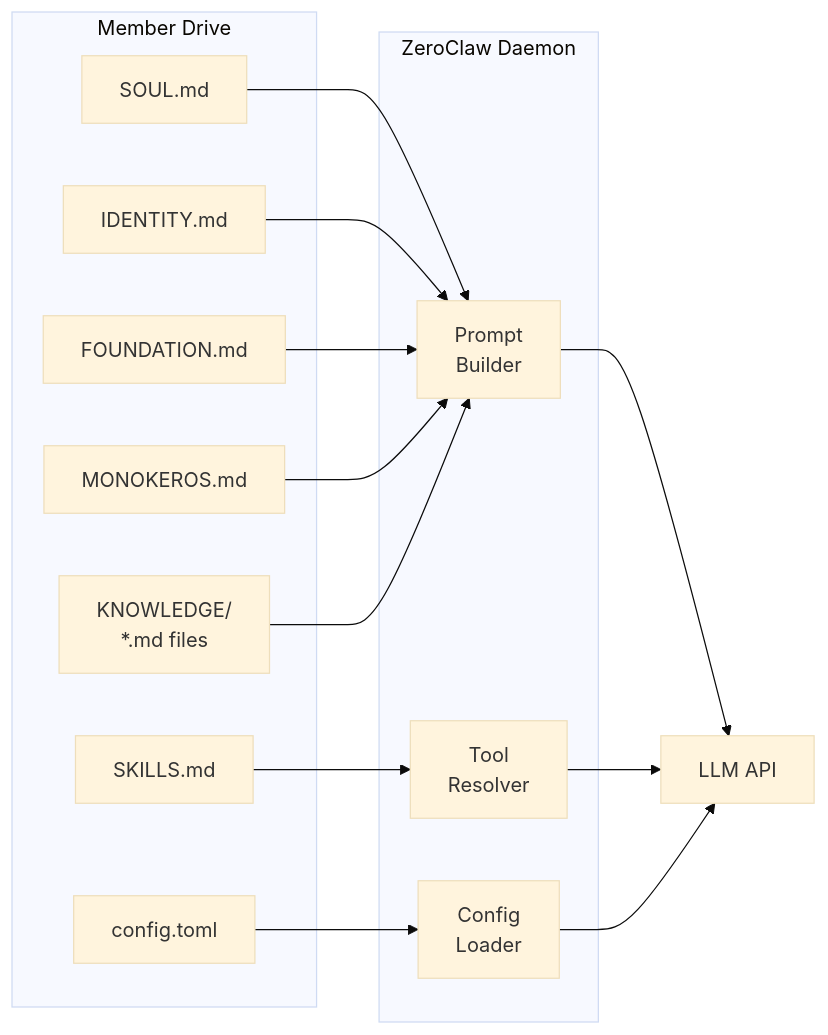
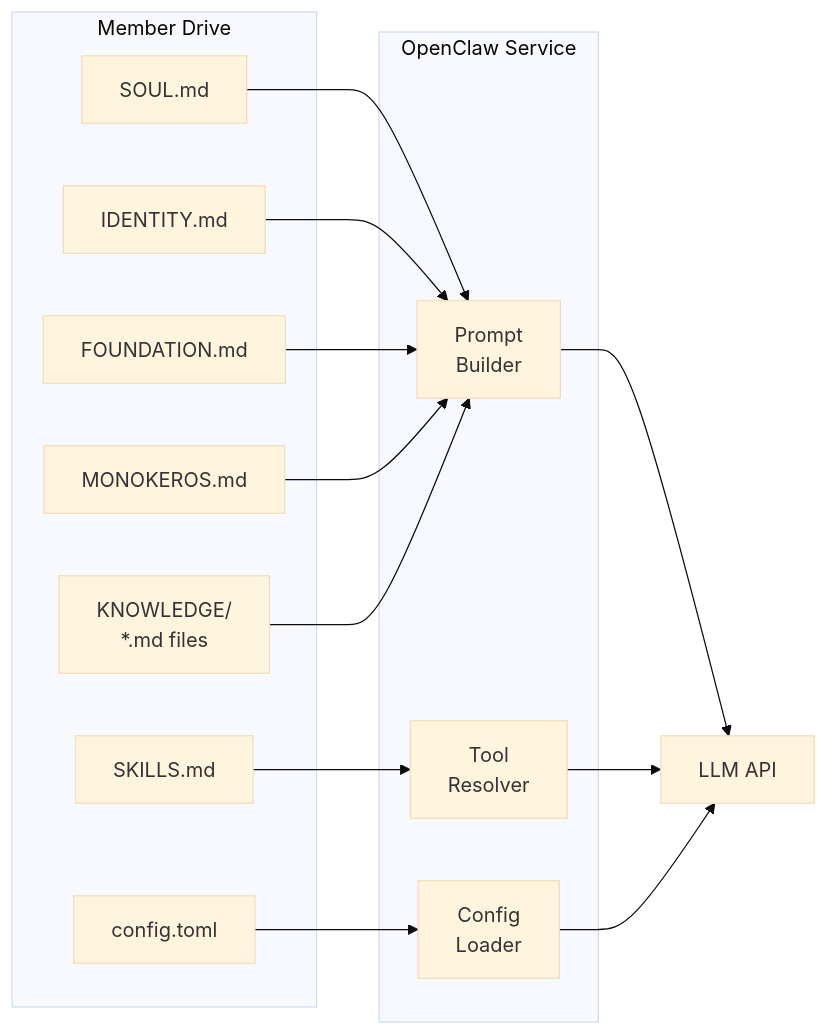
Before and after one commit to pde-rent/monokeros: the third of 4 diagrams in docs/core-concepts/drives.md, drawn with Mermaid (base theme). The commit also changed other lines of this file and 31 other files, not shown here.

First line of the commit message:
feat: rewrite docs for OpenClaw, add acceptance criteria and artifact models

````diff
--- a/docs/core-concepts/drives.md
+++ b/docs/core-concepts/drives.md
@@ -178,31 +178,31 @@
 ```mermaid
 flowchart LR
     subgraph MemberDrive["Member Drive"]
         Soul["SOUL.md"]
         Identity["IDENTITY.md"]
         Skills["SKILLS.md"]
         Foundation["FOUNDATION.md"]
         Monokeros["MONOKEROS.md"]
         Config["config.toml"]
         KnowledgeDir["KNOWLEDGE/<br/>*.md files"]
     end
 
-    subgraph Daemon["ZeroClaw Daemon"]
+    subgraph Service["OpenClaw Service"]
         PromptBuilder["Prompt<br/>Builder"]
         ToolResolver["Tool<br/>Resolver"]
         ConfigLoader["Config<br/>Loader"]
     end
 
     Soul --> PromptBuilder
     Identity --> PromptBuilder
     Foundation --> PromptBuilder
     Monokeros --> PromptBuilder
     KnowledgeDir --> PromptBuilder
     Skills --> ToolResolver
     Config --> ConfigLoader
 
     PromptBuilder --> LLM["LLM API"]
     ToolResolver --> LLM
     ConfigLoader --> LLM
 
 ```
````
